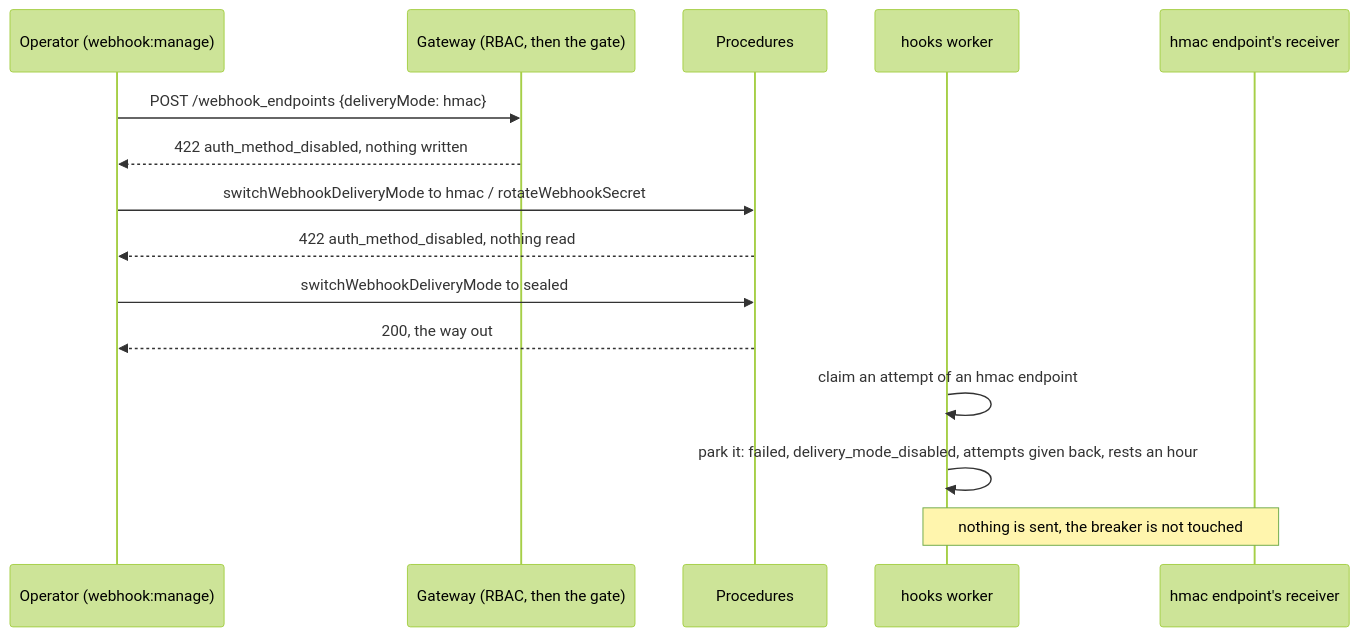
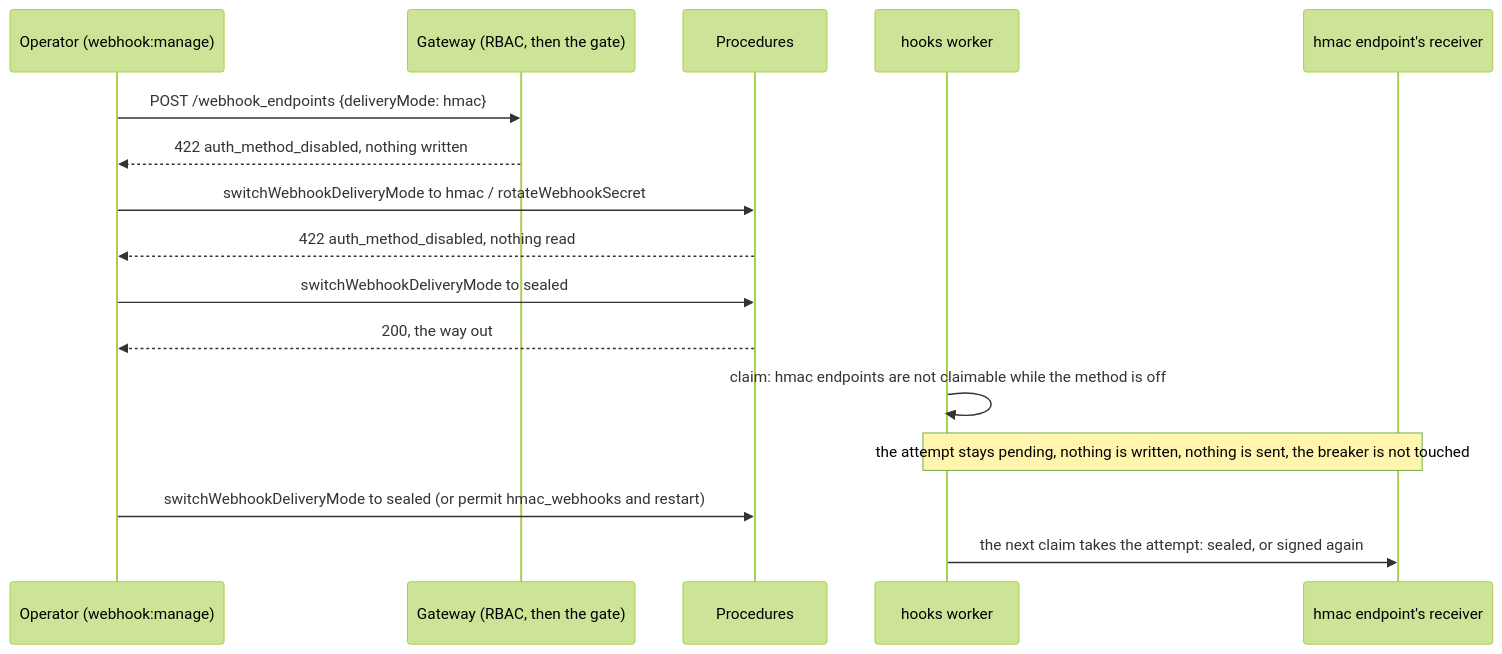
Before and after one commit to vaam-apps/vsms: the sixth of 15 diagrams in docs/architecture.md, drawn with Mermaid (forest theme). The commit also changed other lines of this file and 14 other files, not shown here.

````diff
--- a/docs/architecture.md
+++ b/docs/architecture.md
@@ -1992,17 +1992,18 @@
 ```mermaid
 sequenceDiagram
     participant O as Operator (webhook:manage)
     participant G as Gateway (RBAC, then the gate)
     participant P as Procedures
     participant H as hooks worker
     participant E as hmac endpoint's receiver
     O->>G: POST /webhook_endpoints {deliveryMode: hmac}
     G-->>O: 422 auth_method_disabled, nothing written
     O->>P: switchWebhookDeliveryMode to hmac / rotateWebhookSecret
     P-->>O: 422 auth_method_disabled, nothing read
     O->>P: switchWebhookDeliveryMode to sealed
     P-->>O: 200, the way out
-    H->>H: claim an attempt of an hmac endpoint
-    H->>H: park it: failed, delivery_mode_disabled, attempts given back, rests an hour
-    Note over H,E: nothing is sent, the breaker is not touched
+    H->>H: claim: hmac endpoints are not claimable while the method is off
+    Note over H,E: the attempt stays pending, nothing is written, nothing is sent, the breaker is not touched
+    O->>P: switchWebhookDeliveryMode to sealed (or permit hmac_webhooks and restart)
+    H->>E: the next claim takes the attempt: sealed, or signed again
 ```
````
